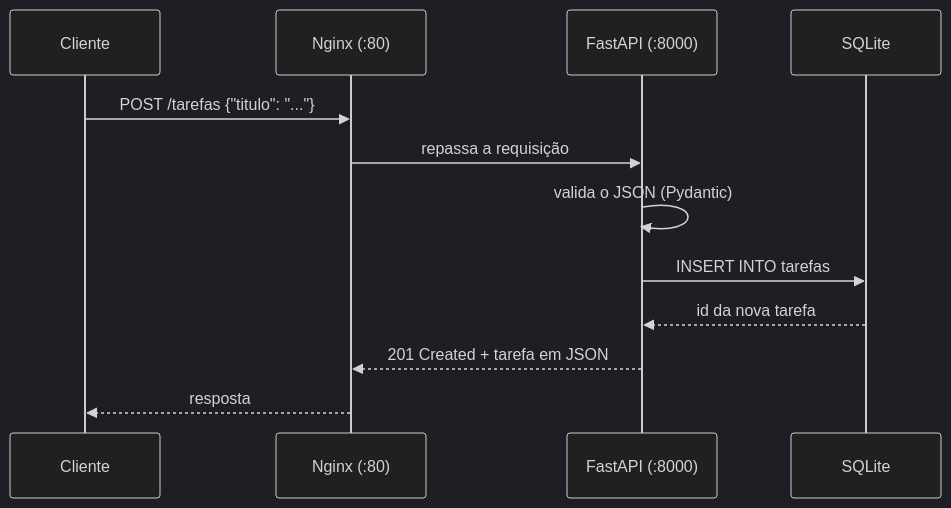
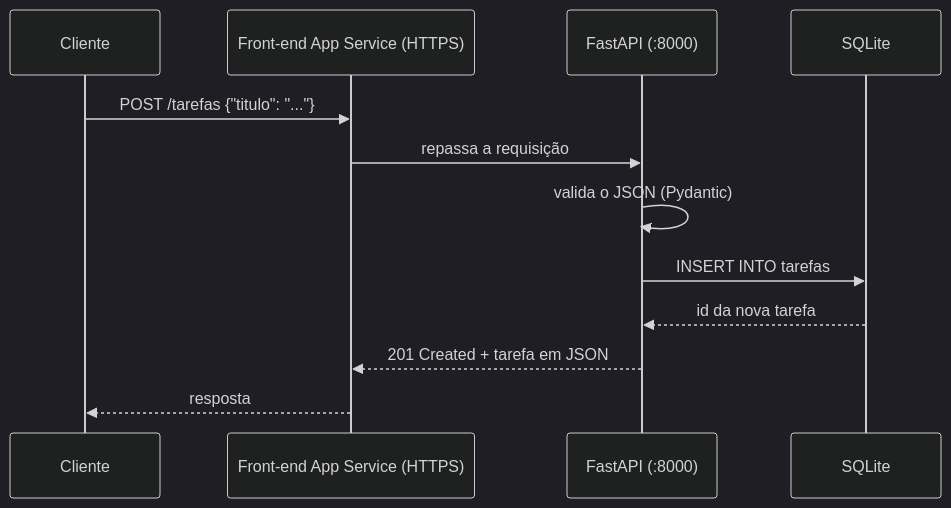
One commit to be34rpolar/api-tarefas-azure changed the diagram in docs/diagramas/requisicao.mmd. Above: the diagram before and after it, drawn with Mermaid (dark theme). The commit also changed 8 other files, not shown here.

```diff
--- a/docs/diagramas/requisicao.mmd
+++ b/docs/diagramas/requisicao.mmd
@@ -1,12 +1,12 @@
 sequenceDiagram
     participant C as Cliente
-    participant N as Nginx (:80)
+    participant F as Front-end App Service (HTTPS)
     participant A as FastAPI (:8000)
     participant D as SQLite
-    C->>N: POST /tarefas {"titulo": "..."}
-    N->>A: repassa a requisição
+    C->>F: POST /tarefas {"titulo": "..."}
+    F->>A: repassa a requisição
     A->>A: valida o JSON (Pydantic)
     A->>D: INSERT INTO tarefas
     D-->>A: id da nova tarefa
-    A-->>N: 201 Created + tarefa em JSON
-    N-->>C: resposta
+    A-->>F: 201 Created + tarefa em JSON
+    F-->>C: resposta
```
